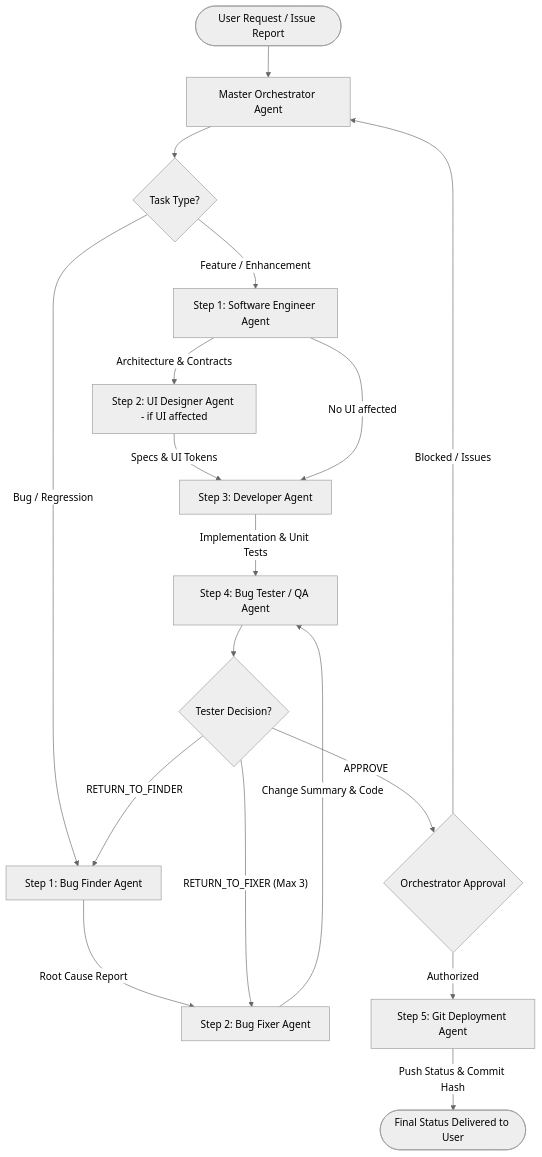
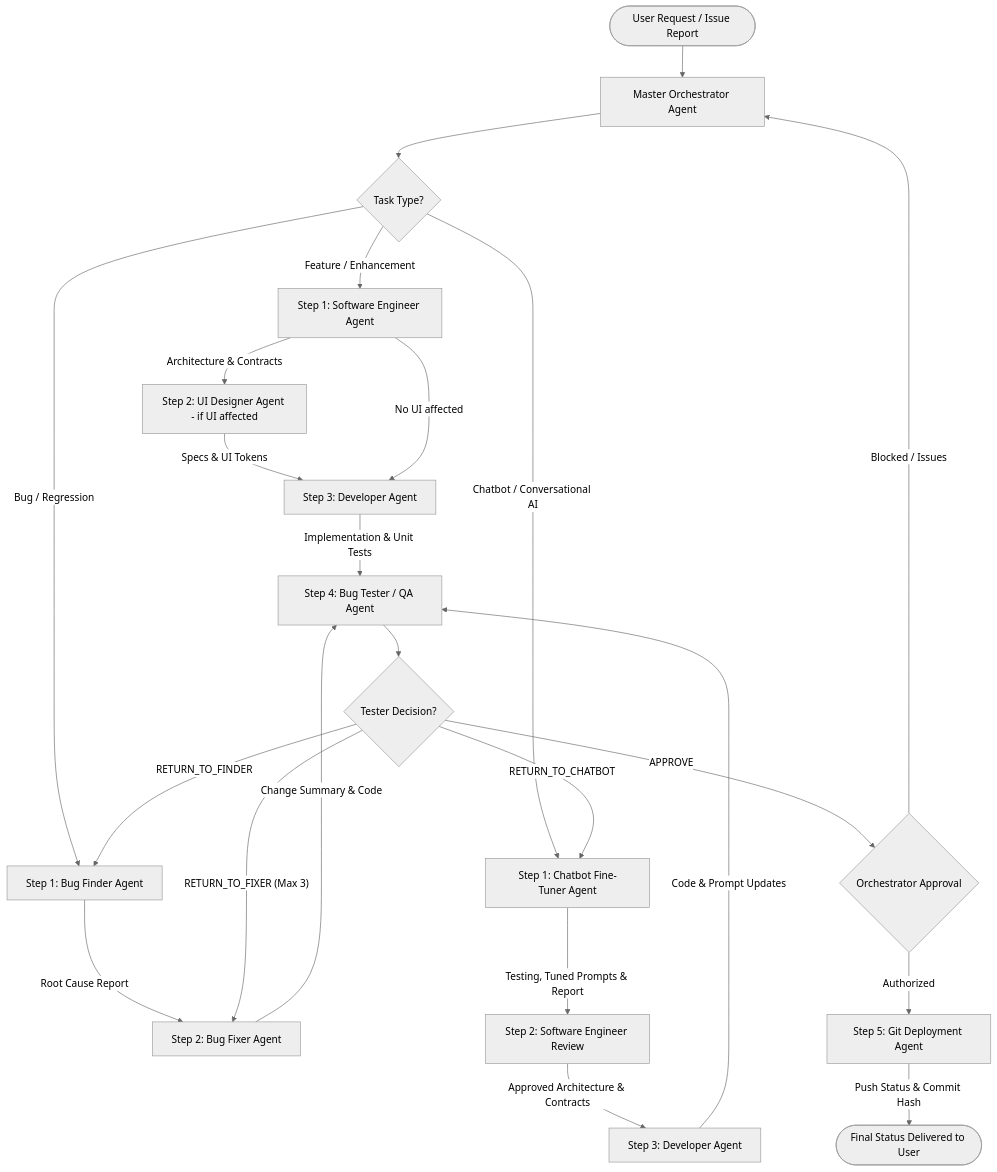
Before and after one commit to mohammedrehan143/Travel_planner: the diagram in agents/orchestrator.md, drawn with Mermaid (neutral theme). The commit also changed other lines of this file and 2 other files, not shown here.

Commit message:
feat(agents): add chatbot fine-tuner agent and update master orchestrator workflow

````diff
--- a/agents/orchestrator.md
+++ b/agents/orchestrator.md
@@ -25,29 +26,36 @@
 ```mermaid
 flowchart TD
     User([User Request / Issue Report]) --> Orch[Master Orchestrator Agent]
     
     Orch --> Triage{Task Type?}
     
     %% Track A: Feature / Enhancement
     Triage -- "Feature / Enhancement" --> SE[Step 1: Software Engineer Agent]
     SE -->|Architecture & Contracts| UI[Step 2: UI Designer Agent - if UI affected]
     UI -->|Specs & UI Tokens| Dev[Step 3: Developer Agent]
     SE -->|No UI affected| Dev
     Dev -->|Implementation & Unit Tests| QA[Step 4: Bug Tester / QA Agent]
     
     %% Track B: Bug Fixing
     Triage -- "Bug / Regression" --> BF[Step 1: Bug Finder Agent]
     BF -->|Root Cause Report| BFix[Step 2: Bug Fixer Agent]
     BFix -->|Change Summary & Code| QA
     
+    %% Track C: Chatbot Fine-Tuning
+    Triage -- "Chatbot / Conversational AI" --> CB[Step 1: Chatbot Fine-Tuner Agent]
+    CB -->|Testing, Tuned Prompts & Report| SE_CB[Step 2: Software Engineer Review]
+    SE_CB -->|Approved Architecture & Contracts| Dev_CB[Step 3: Developer Agent]
+    Dev_CB -->|Code & Prompt Updates| QA
+    
     %% Verification Loop
     QA --> Decision{Tester Decision?}
     Decision -- "RETURN_TO_FIXER (Max 3)" --> BFix
     Decision -- "RETURN_TO_FINDER" --> BF
+    Decision -- "RETURN_TO_CHATBOT" --> CB
     Decision -- "APPROVE" --> DeployGate{Orchestrator Approval}
     
     %% Deployment
     DeployGate -- "Authorized" --> Deploy[Step 5: Git Deployment Agent]
     Deploy -->|Push Status & Commit Hash| Done([Final Status Delivered to User])
     DeployGate -- "Blocked / Issues" --> Orch
 ```
````
